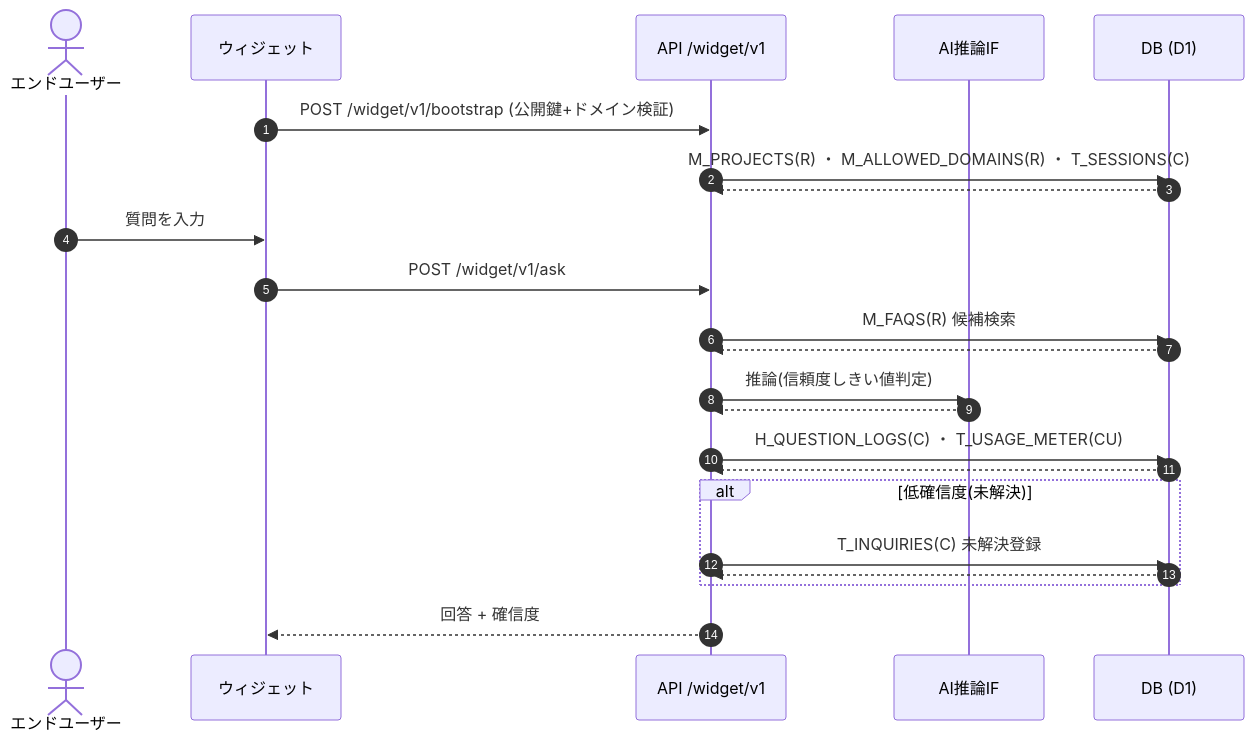
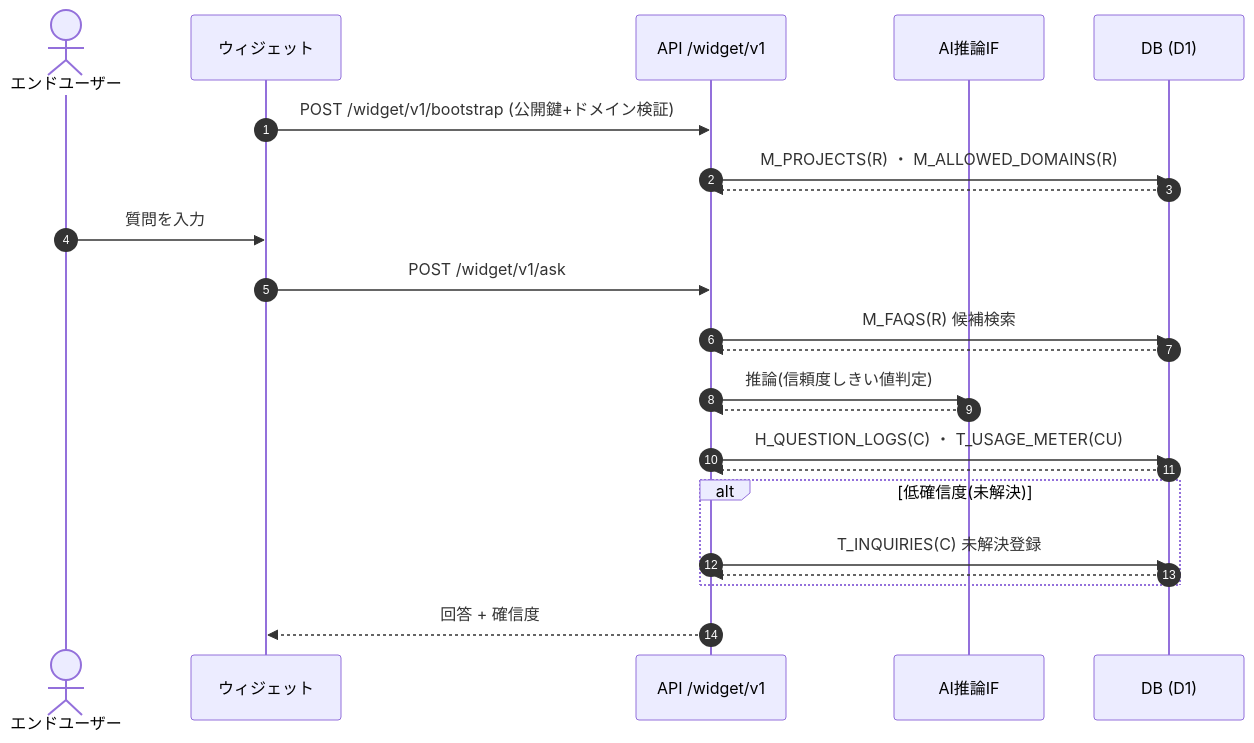
The seventh of 10 diagrams in 02_basic-design/04_usecase-design.md (sikakou54/open-faq), drawn with Mermaid before and after one commit. The commit also changed other lines of this file and 162 other files, not shown here.

````diff
--- a/02_basic-design/04_usecase-design.md
+++ b/02_basic-design/04_usecase-design.md
@@ -308,25 +308,25 @@
 ```mermaid
 sequenceDiagram
   autonumber
   actor E as エンドユーザー
   participant W as ウィジェット
   participant API as API /widget/v1
   participant AI as AI推論IF
   participant DB as DB (D1)
   W->>API: POST /widget/v1/bootstrap (公開鍵+ドメイン検証)
-  API->>DB: M_PROJECTS(R) ・ M_ALLOWED_DOMAINS(R) ・ T_SESSIONS(C)
+  API->>DB: M_PROJECTS(R) ・ M_ALLOWED_DOMAINS(R)
   DB-->>API: 
   E->>W: 質問を入力
   W->>API: POST /widget/v1/ask
   API->>DB: M_FAQS(R) 候補検索
   DB-->>API: 
   API->>AI: 推論(信頼度しきい値判定)
   AI-->>API: 
   API->>DB: H_QUESTION_LOGS(C) ・ T_USAGE_METER(CU)
   DB-->>API: 
   alt 低確信度(未解決)
     API->>DB: T_INQUIRIES(C) 未解決登録
     DB-->>API: 
   end
   API-->>W: 回答 + 確信度
 ```
````
